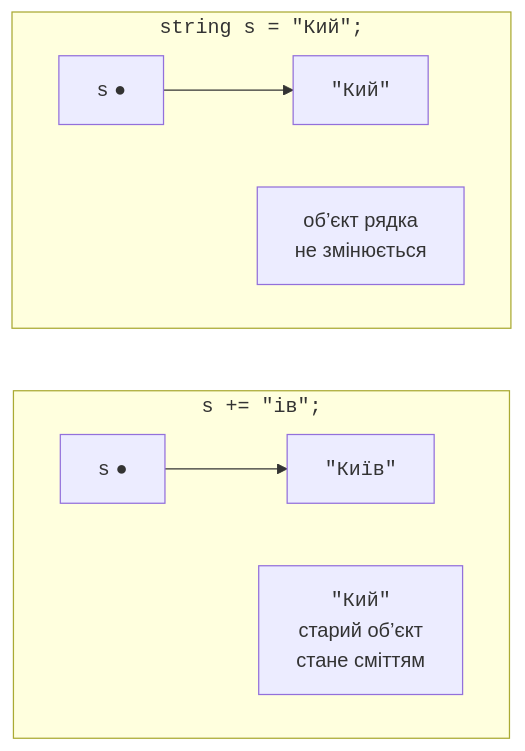
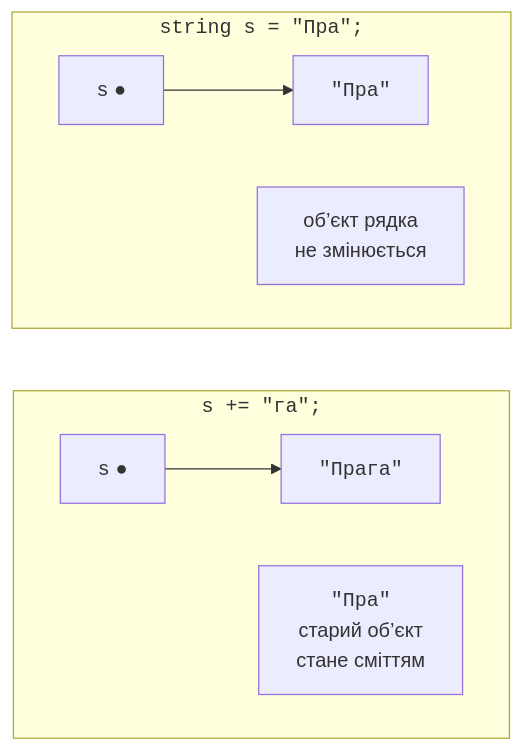
One commit to musicvano/Blog changed the diagram in src/uk/courses/csharp/04-arrays-strings/strings.md. Above: the diagram before and after it, drawn with Mermaid. The commit also changed other lines of this file and 533 other files, not shown here.

````diff
--- a/src/uk/courses/csharp/04-arrays-strings/strings.md
+++ b/src/uk/courses/csharp/04-arrays-strings/strings.md
@@ -18,14 +18,14 @@
 ```mermaid
 flowchart TB
-  subgraph BEFORE ["<code>string s = #quot;Кий#quot;;</code>"]
+  subgraph BEFORE ["<code>string s = #quot;Пра#quot;;</code>"]
     direction LR
-    S1["<code>s</code>  ●"] --> K1["<code>#quot;Кий#quot;</code>"]
+    S1["<code>s</code>  ●"] --> K1["<code>#quot;Пра#quot;</code>"]
     N1["об’єкт рядка<br>не змінюється"]
   end
-  subgraph AFTER ["<code>s += #quot;ів#quot;;</code>"]
+  subgraph AFTER ["<code>s += #quot;га#quot;;</code>"]
     direction LR
-    S2["<code>s</code>  ●"] --> K2["<code>#quot;Київ#quot;</code>"]
-    OLD["<code>#quot;Кий#quot;</code><br>старий об’єкт<br>стане сміттям"]
+    S2["<code>s</code>  ●"] --> K2["<code>#quot;Прага#quot;</code>"]
+    OLD["<code>#quot;Пра#quot;</code><br>старий об’єкт<br>стане сміттям"]
   end
   BEFORE ~~~ AFTER
 ```
````
